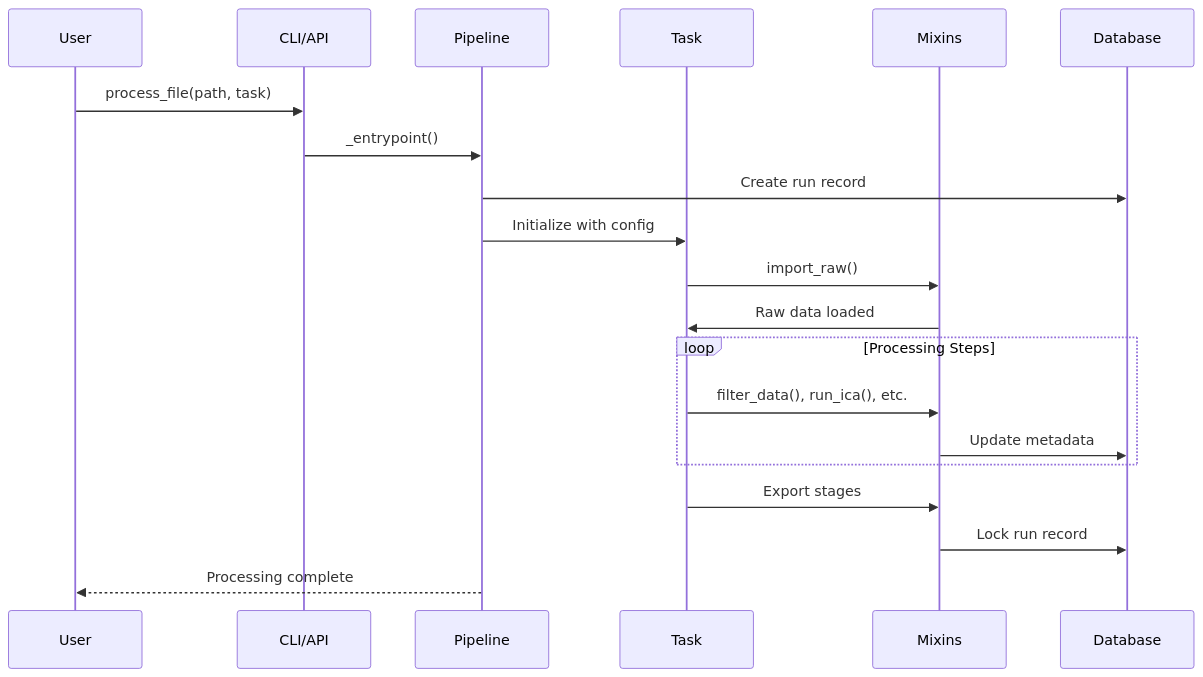
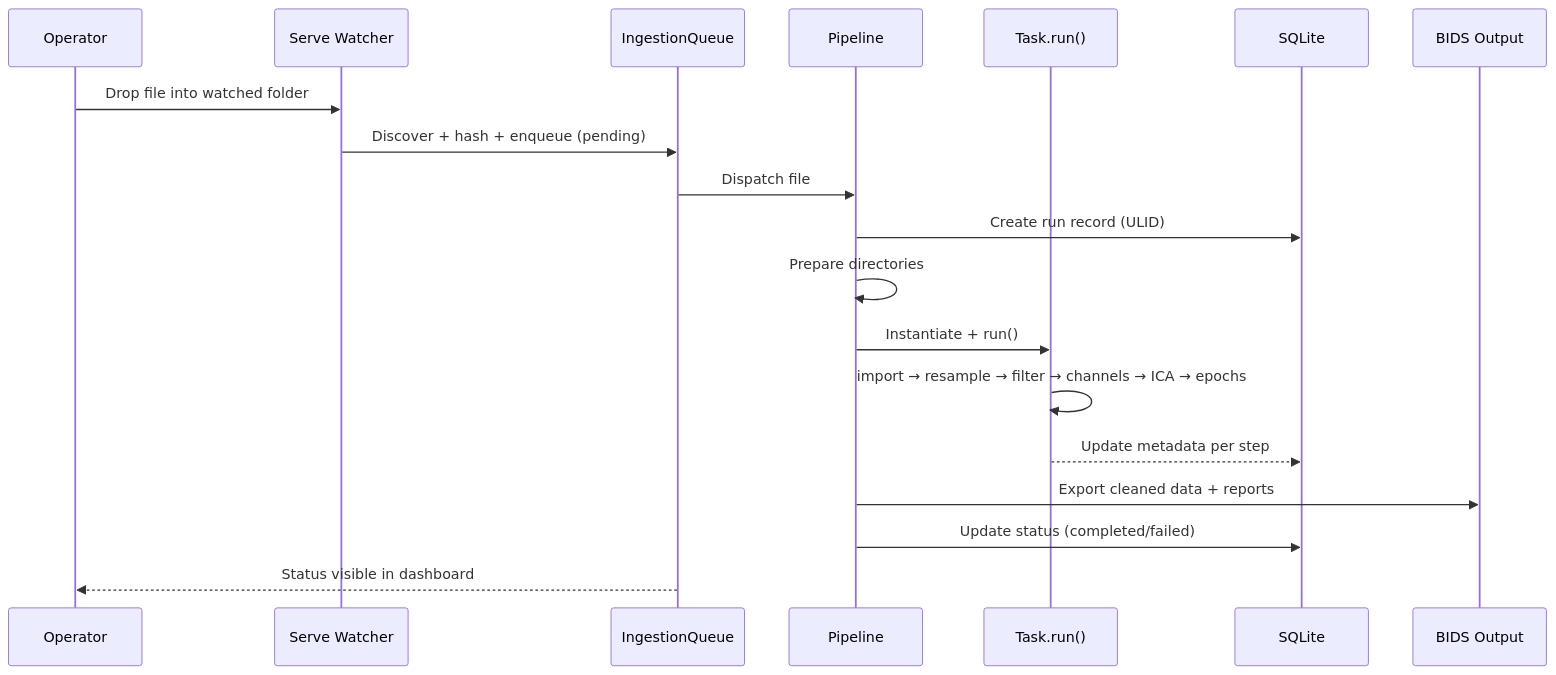
Before and after one commit to cincibrainlab/autocleaneeg_pipeline: the second of 3 diagrams in docs/CODEBASE_MAP.md, drawn with Mermaid. The commit also changed other lines of this file and 12 other files, not shown here.

````diff
--- a/docs/CODEBASE_MAP.md
+++ b/docs/CODEBASE_MAP.md
@@ -395,25 +257,22 @@
 ```mermaid
 sequenceDiagram
-    participant User
-    participant CLI/API
-    participant Pipeline
-    participant Task
-    participant Mixins
-    participant Database
+    participant Op as Operator
+    participant Serve as Serve Watcher
+    participant Queue as IngestionQueue
+    participant Pipeline as Pipeline
+    participant Task as Task.run()
+    participant DB as SQLite
+    participant BIDS as BIDS Output
 
-    User->>CLI/API: process_file(path, task)
-    CLI/API->>Pipeline: _entrypoint()
-    Pipeline->>Database: Create run record
-    Pipeline->>Task: Initialize with config
-    Task->>Mixins: import_raw()
-    Mixins->>Task: Raw data loaded
-
-    loop Processing Steps
-        Task->>Mixins: filter_data(), run_ica(), etc.
-        Mixins->>Database: Update metadata
-    end
-
-    Task->>Mixins: Export stages
-    Mixins->>Database: Lock run record
-    Pipeline-->>User: Processing complete
+    Op->>Serve: Drop file into watched folder
+    Serve->>Queue: Discover + hash + enqueue (pending)
+    Queue->>Pipeline: Dispatch file
+    Pipeline->>DB: Create run record (ULID)
+    Pipeline->>Pipeline: Prepare directories
+    Pipeline->>Task: Instantiate + run()
+    Task->>Task: import → resample → filter → channels → ICA → epochs
+    Task-->>DB: Update metadata per step
+    Pipeline->>BIDS: Export cleaned data + reports
+    Pipeline->>DB: Update status (completed/failed)
+    Queue-->>Op: Status visible in dashboard
 ```
````
